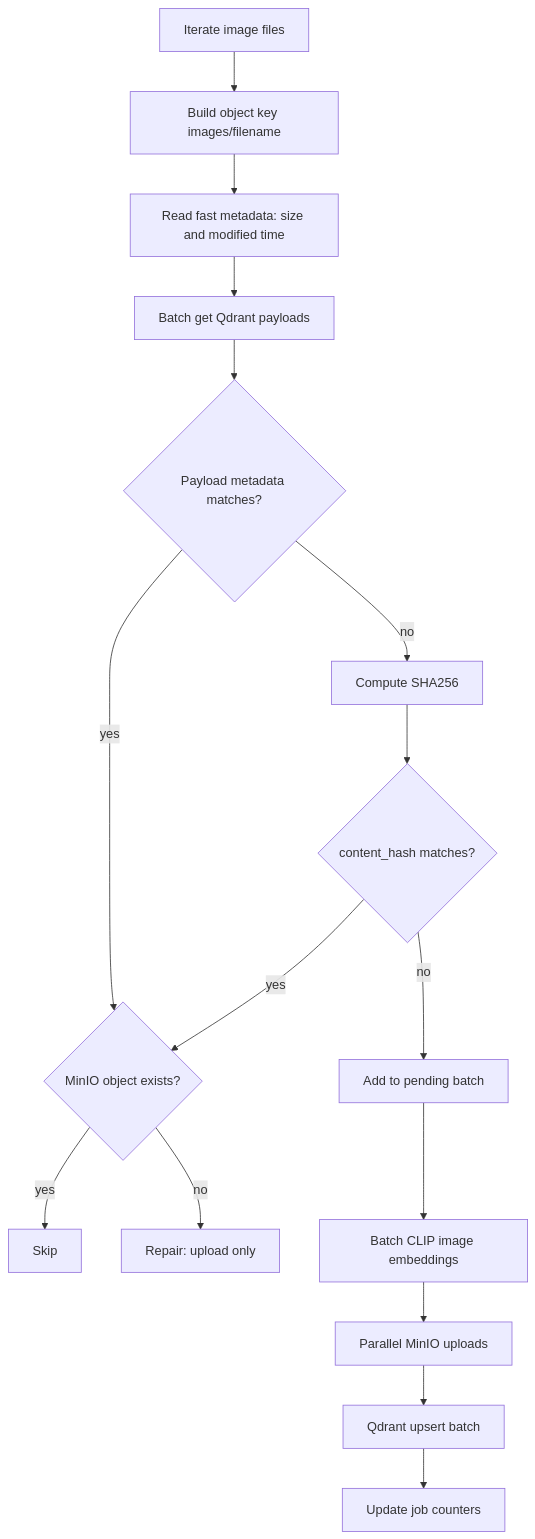
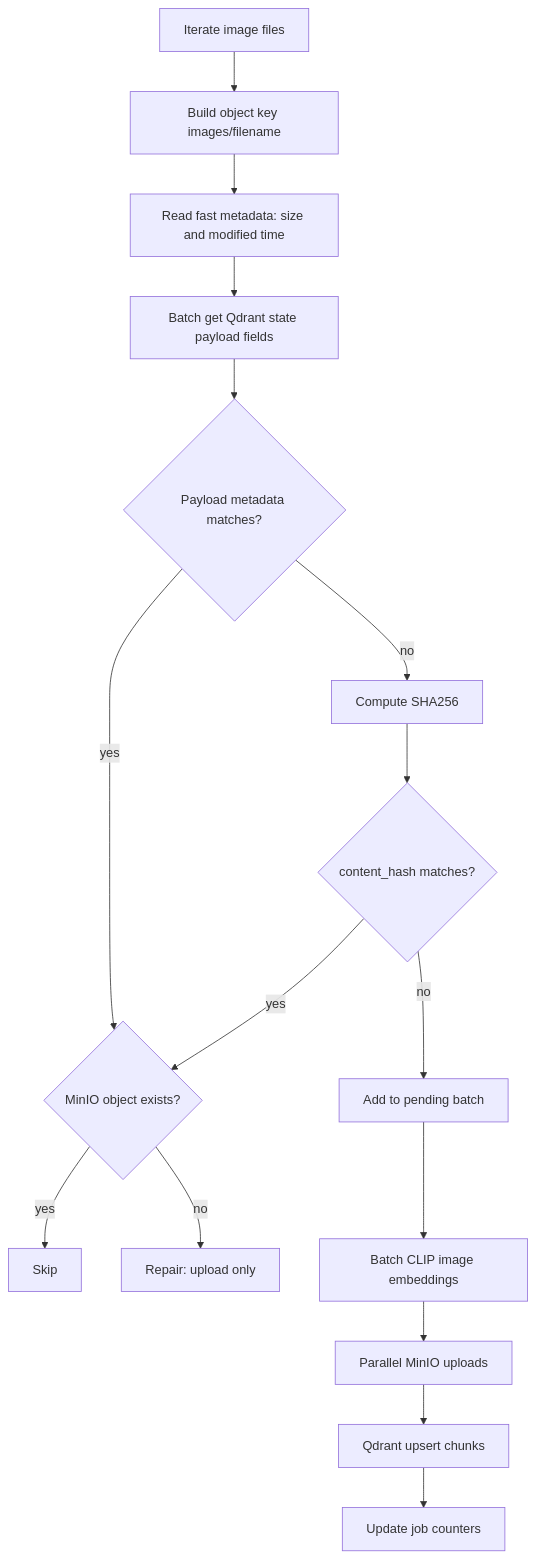
The seventh of 10 diagrams in docs/EN/data-flow.md (awun0105/CLIP-Image-Retrieval-Gradio-App), drawn with Mermaid before and after one commit. The commit also changed other lines of this file and 4 other files, not shown here.

````diff
--- a/docs/EN/data-flow.md
+++ b/docs/EN/data-flow.md
@@ -236,18 +243,18 @@
 ```mermaid
 flowchart TD
     A[Iterate image files] --> B[Build object key images/filename]
     B --> C[Read fast metadata: size and modified time]
-    C --> D[Batch get Qdrant payloads]
+    C --> D[Batch get Qdrant state payload fields]
     D --> E{Payload metadata matches?}
     E -- yes --> F{MinIO object exists?}
     F -- yes --> G[Skip]
     F -- no --> H[Repair: upload only]
     E -- no --> I[Compute SHA256]
     I --> J{content_hash matches?}
     J -- yes --> F
     J -- no --> K[Add to pending batch]
     K --> L[Batch CLIP image embeddings]
     L --> M[Parallel MinIO uploads]
-    M --> N[Qdrant upsert batch]
+    M --> N[Qdrant upsert chunks]
     N --> O[Update job counters]
 ```
````
